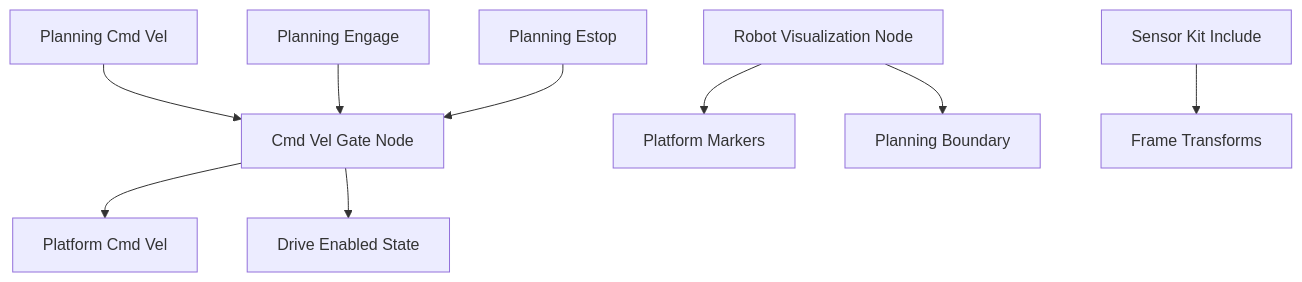
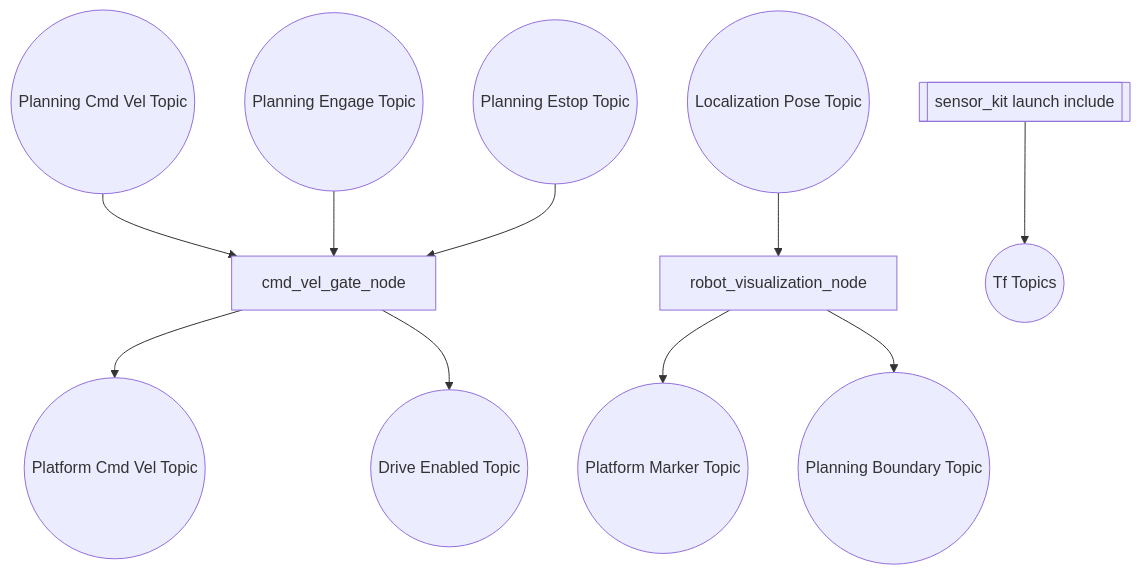
One commit to hwanhonglee/CAMROD changed the first of 2 diagrams in camrod_platform/README.md. Above: the diagram before and after it, drawn with Mermaid. The commit also changed other lines of this file and 13 other files, not shown here.

Commit message:
docs(readme): clarify diagram semantics and avg_msgs interface-only role

````diff
--- a/camrod_platform/README.md
+++ b/camrod_platform/README.md
@@ -7,11 +7,14 @@
 ```mermaid
 graph TD
-  PCMD[Planning Cmd Vel] --> GATE[Cmd Vel Gate Node]
-  ENG[Planning Engage] --> GATE
-  ESTOP[Planning Estop] --> GATE
-  GATE --> OUTCMD[Platform Cmd Vel]
-  GATE --> STATE[Drive Enabled State]
-  RVIZ[Robot Visualization Node] --> PMARK[Platform Markers]
-  RVIZ --> PBOUND[Planning Boundary]
-  SK[Sensor Kit Include] --> TF[Frame Transforms]
+  PCMD((Planning Cmd Vel Topic)) --> GATE[cmd_vel_gate_node]
+  ENG((Planning Engage Topic)) --> GATE
+  ESTOP((Planning Estop Topic)) --> GATE
+  GATE --> OUTCMD((Platform Cmd Vel Topic))
+  GATE --> STATE((Drive Enabled Topic))
+
+  POSE((Localization Pose Topic)) --> RVIZ[robot_visualization_node]
+  RVIZ --> PMARK((Platform Marker Topic))
+  RVIZ --> PBOUND((Planning Boundary Topic))
+
+  SK[[sensor_kit launch include]] --> TF((Tf Topics))
 ```
````
